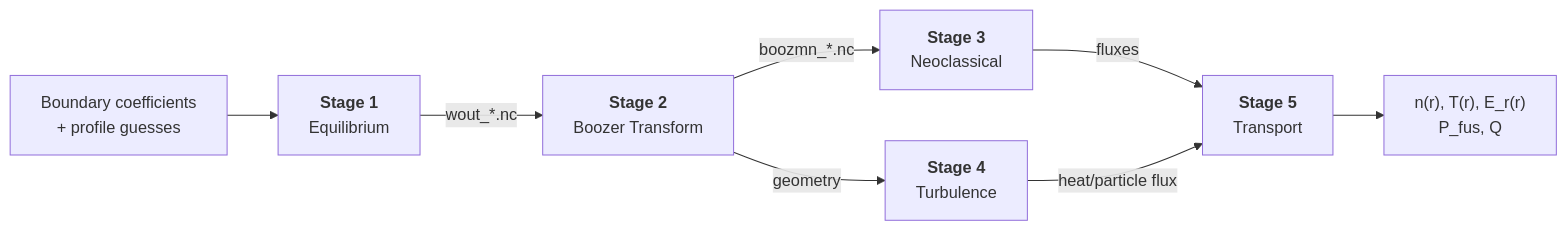
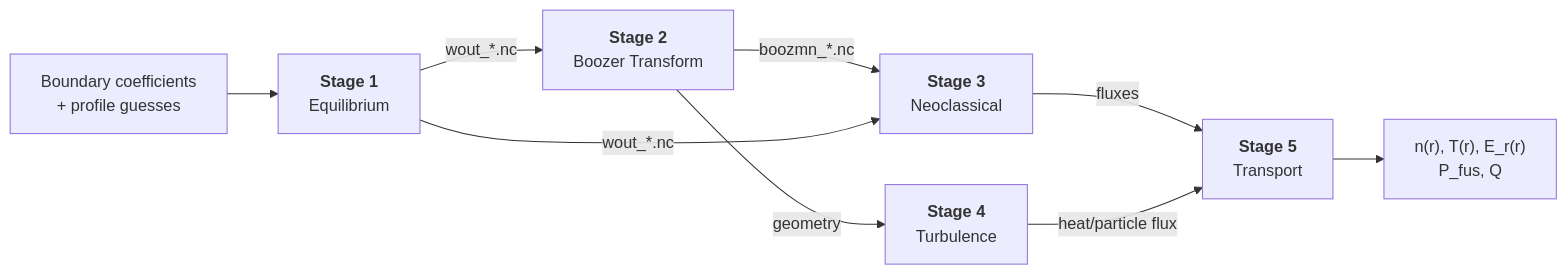
One commit to RKHashmani/driftless-star changed the diagram in README.md. Above: the diagram before and after it, drawn with Mermaid. The commit also changed other lines of this file and 8 other files, not shown here.

````diff
--- a/README.md
+++ b/README.md
@@ -9,10 +9,11 @@
 ```mermaid
 graph LR
     IN["Boundary coefficients<br/>+ profile guesses"] --> S1["<b>Stage 1</b><br/>Equilibrium"]
     S1 -->|"wout_*.nc"| S2["<b>Stage 2</b><br/>Boozer Transform"]
     S2 -->|"boozmn_*.nc"| S3["<b>Stage 3</b><br/>Neoclassical"]
+    S1 -->|"wout_*.nc"| S3
     S2 -->|"geometry"| S4["<b>Stage 4</b><br/>Turbulence"]
     S3 -->|"fluxes"| S5["<b>Stage 5</b><br/>Transport"]
     S4 -->|"heat/particle flux"| S5
     S5 --> OUT["n(r), T(r), E_r(r)<br/>P_fus, Q"]
 ```
````
